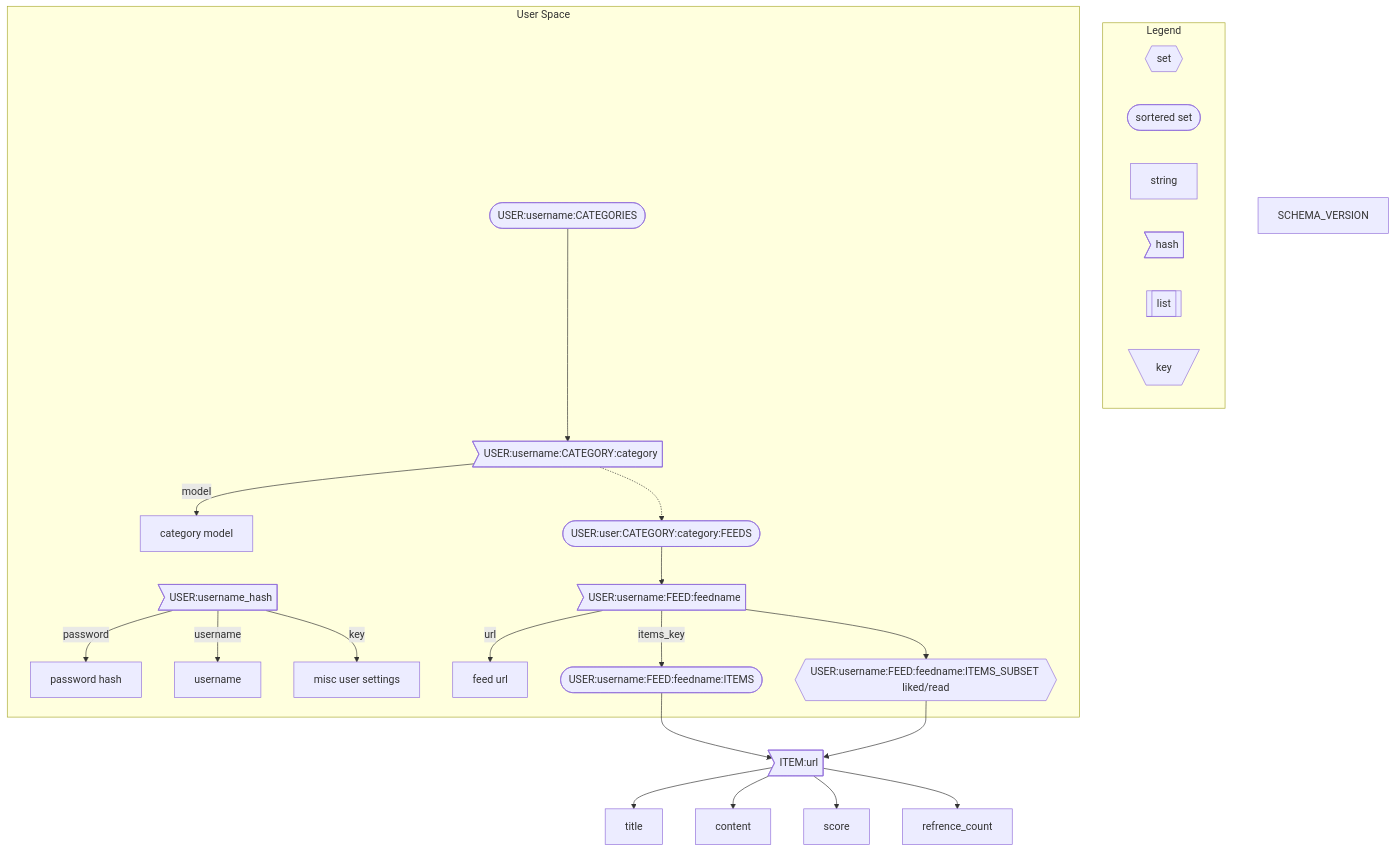
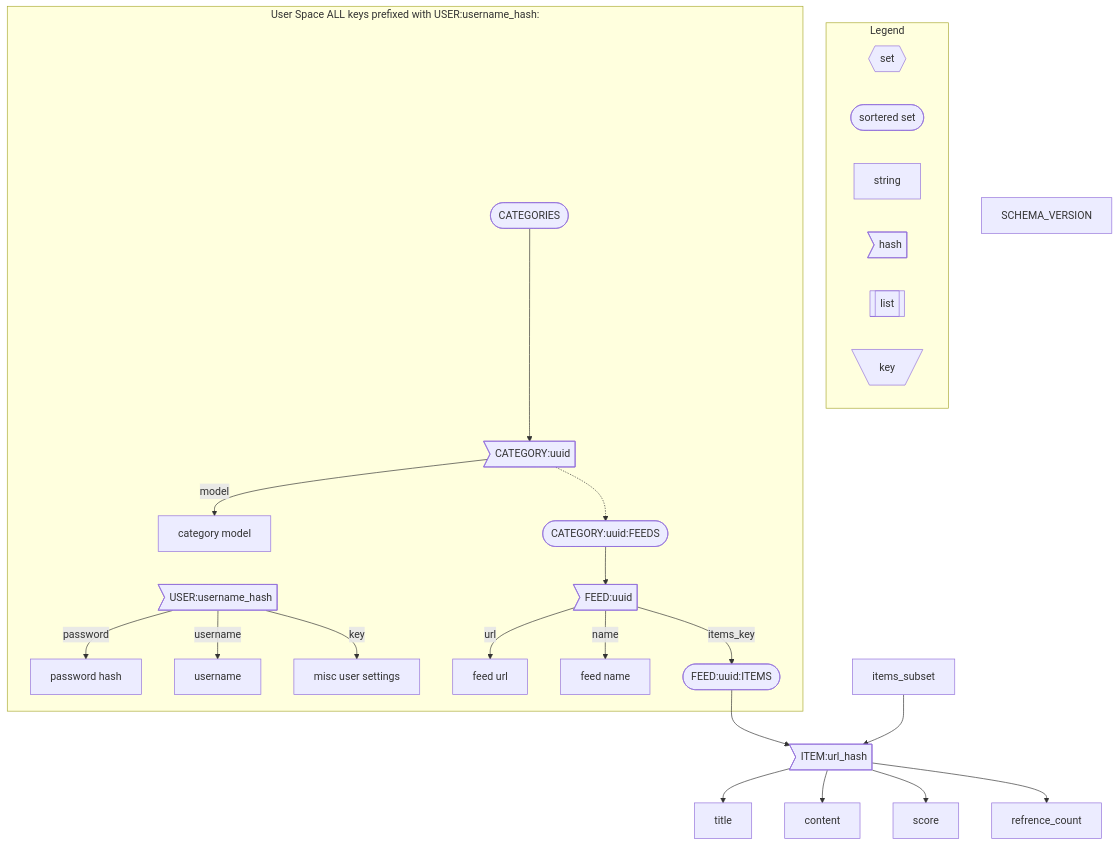
Before and after one commit to mullinmax/aggy: the first of 2 diagrams in README.md, drawn with Mermaid.

Commit message:
updated db diagram to match uuid pattern

````diff
--- a/README.md
+++ b/README.md
@@ -24,47 +24,50 @@
 ```mermaid
 flowchart TB
 
     subgraph Legend
         direction LR
         set{{set}}
         ordered_set([sortered set])
         string[string]
         hash>hash]
         list[[list]]
         key[\key/]
     end
 
-    subgraph User Space
+    subgraph User Space ALL keys prefixed with USER:username_hash:
         user>USER:username_hash] 
         user--password--> password_hash[password hash]
         user--username--> username[username]
         user--key-->misc_user_settings[misc user settings]
         
-        categories([USER:username:CATEGORIES])
-        category>USER:username:CATEGORY:category]
+        categories([CATEGORIES])
+        category>CATEGORY:uuid]
         category_model[category model]
-        category_feeds([USER:user:CATEGORY:category:FEEDS])
-        feed>USER:username:FEED:feedname]
+        category_feeds([CATEGORY:uuid:FEEDS])
+        feed>FEED:uuid]
         feed_url[feed url]
-        items([USER:username:FEED:feedname:ITEMS])
-        items_subset{{USER:username:FEED:feedname:ITEMS_SUBSET liked/read}}
+        feed_name[feed name]
+        items([FEED:uuid:ITEMS])
 
+        
         categories --> category
+        
         category --model--> category_model
         category -.-> category_feeds
         category_feeds --> feed
         feed --url--> feed_url
+        feed --name--> feed_name
         feed --items_key--> items
-        feed --> items_subset
+        
     end
 
     items-->item
     items_subset-->item
-    item>ITEM:url]
+    item>ITEM:url_hash]
     item-->title
     item-->content
     item-->score
     item-->refrence_count
     schema_version[SCHEMA_VERSION]
 
 ```
````
